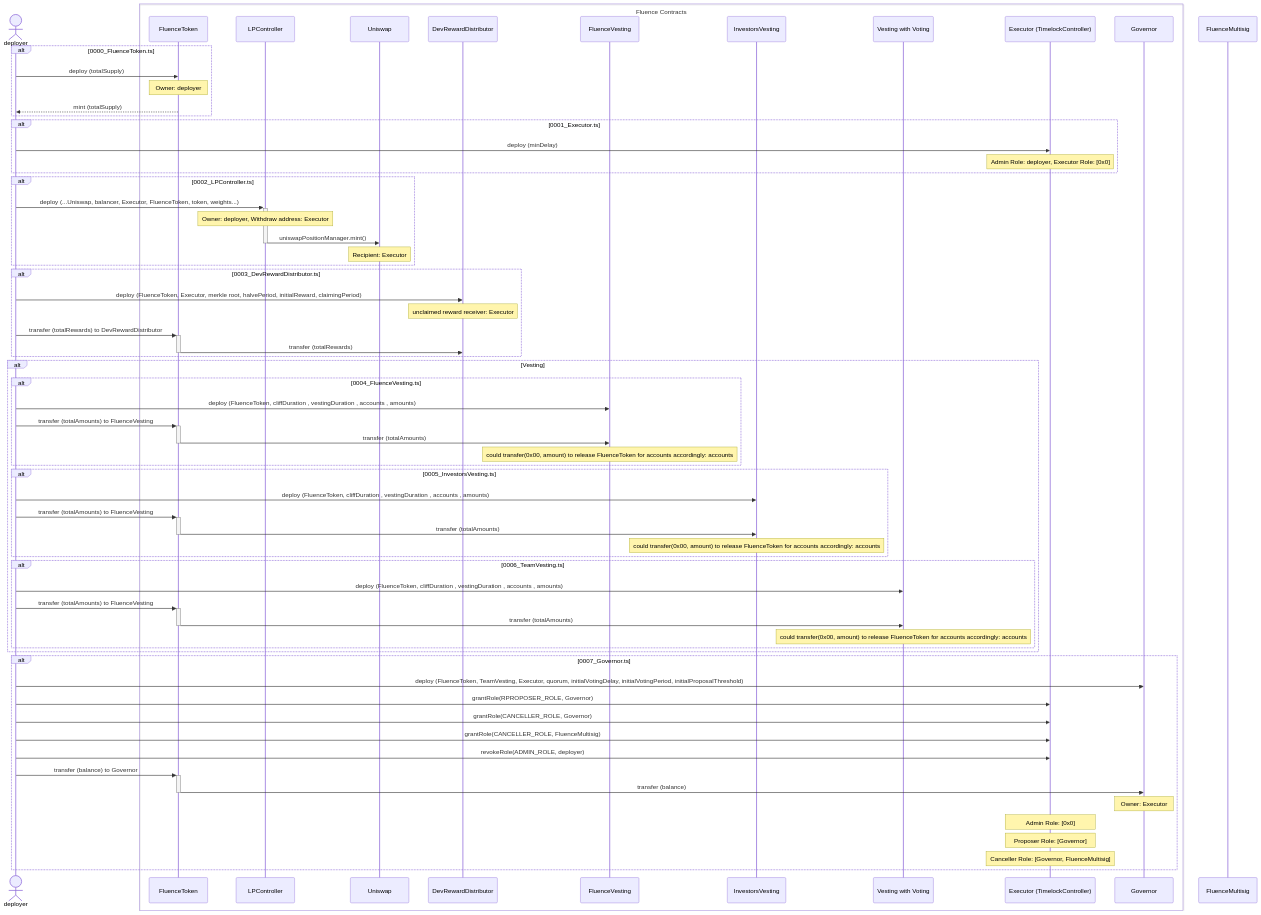
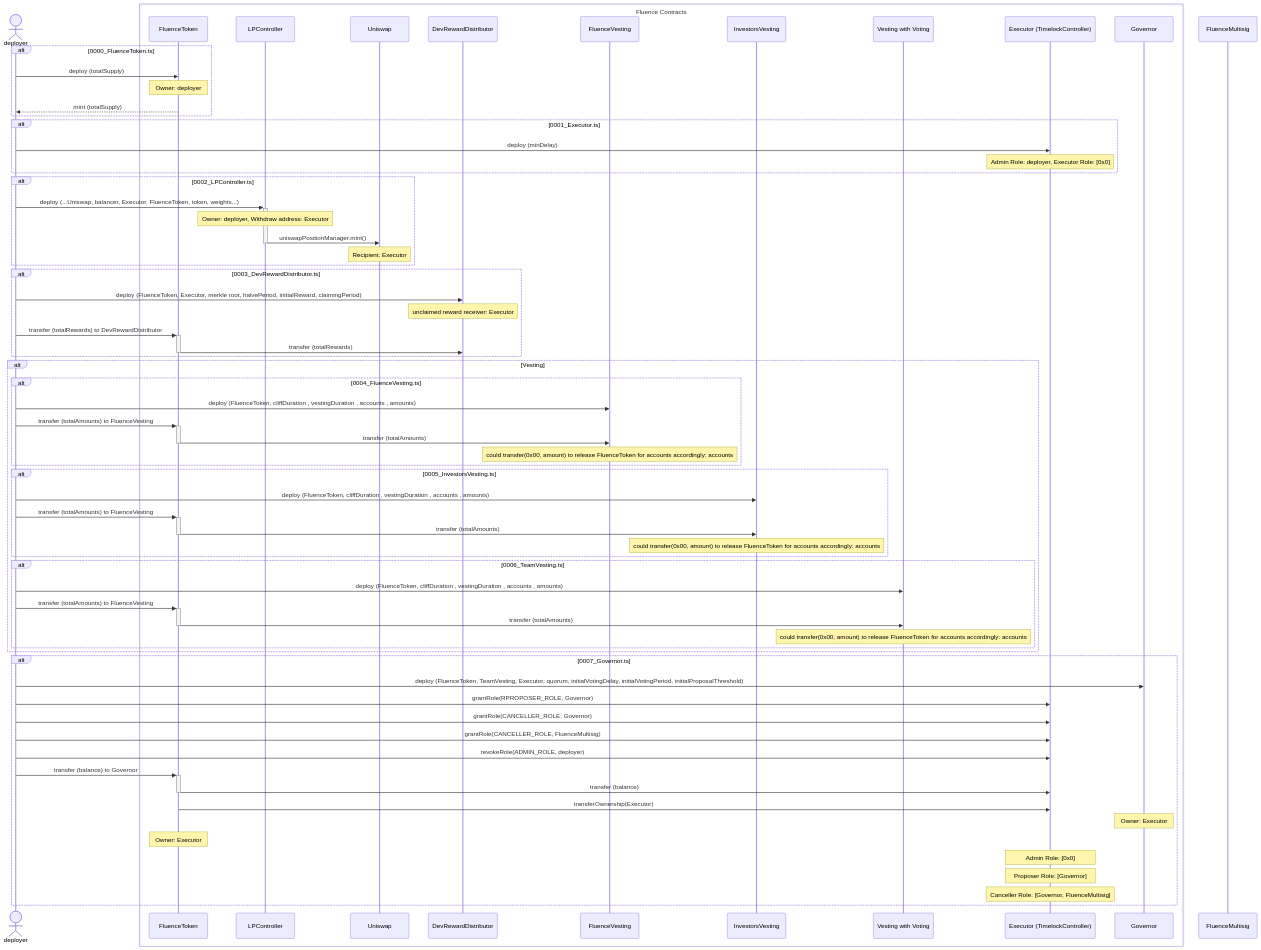
The second of 2 diagrams in contracts/README.md (fluencelabs/dao), drawn with Mermaid before and after one commit. The commit also changed 2 other files, not shown here.

Commit message:
token owner to Executor

```diff
--- a/contracts/README.md
+++ b/contracts/README.md
@@ -135,9 +135,11 @@
         deployer ->> Executor: grantRole(CANCELLER_ROLE, FluenceMultisig)
         deployer ->> Executor: revokeRole(ADMIN_ROLE, deployer)
         deployer ->>+ FluenceToken: transfer (balance) to Governor
-        FluenceToken ->>- Governor: transfer (balance)
+        FluenceToken ->>- Executor: transfer (balance)
+        FluenceToken ->> Executor: transferOwnership(Executor)
         
         Note over Governor: Owner: Executor
+        Note over FluenceToken: Owner: Executor
         Note over Executor: Admin Role: [0x0]
         Note over Executor: Proposer Role: [Governor]
         Note over Executor: Canceller Role: [Governor, FluenceMultisig]
```
